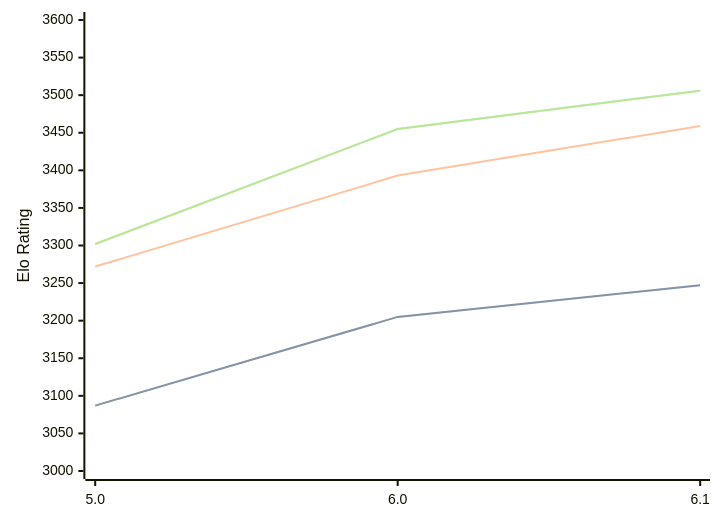
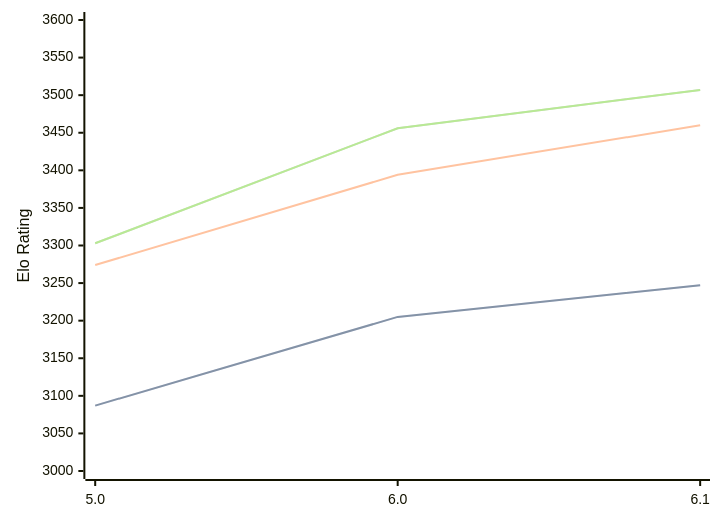
Before and after one commit to computer-chess-index/cci: the diagram in engines/PZChessBot.md, drawn with Mermaid. The commit also changed other lines of this file, not shown here.

Commit message:
Update CCI Ratings (ELO VLTC) - 2026-02-16

````diff
--- a/engines/PZChessBot.md
+++ b/engines/PZChessBot.md
@@ -39,11 +39,11 @@
 ```mermaid
 %%{init: {"theme":"base","themeVariables":{"seriesColors:['#a3a3a3','#222221','#faa371']}}}%%
 xychart-beta
   x-axis ["5.0", "6.0", "6.1"]
   y-axis "Elo Rating" 3000 --> 3600
   line "STC (8.0+0.08s)" [3087, 3205, 3247]
   line "STC (8.0+0.08s)" [3087, 3205, 3247]
-  line "LTC (60.0+0.60s)" [3272, 3393, 3459]
-  line "VLTC (2m24s+1.12s)" [3302, 3455, 3506]
-  line "VLTC (2m24s+1.12s)" [3302, 3455, 3506]
+  line "LTC (60.0+0.60s)" [3274, 3394, 3460]
+  line "VLTC (2m24s+1.12s)" [3303, 3456, 3507]
+  line "VLTC (2m24s+1.12s)" [3303, 3456, 3507]
 ```
````
